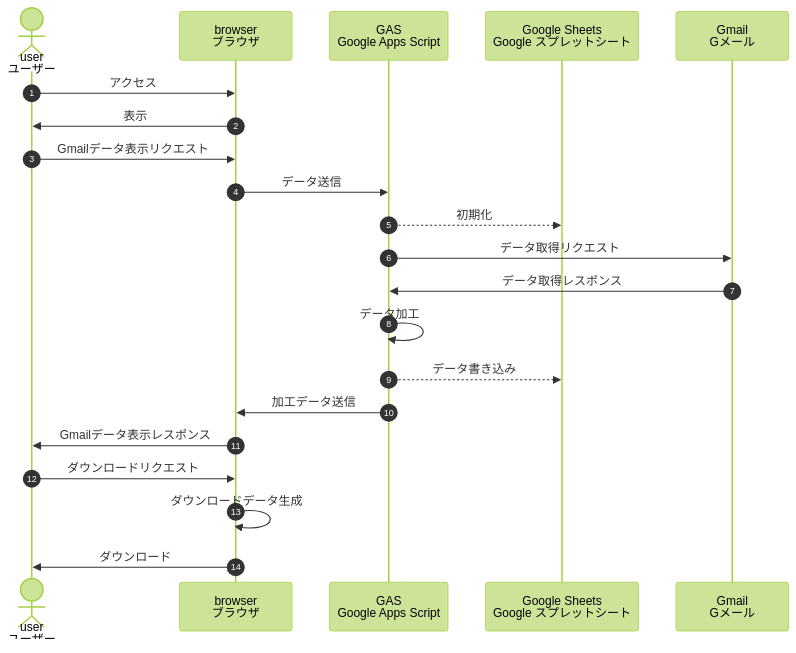
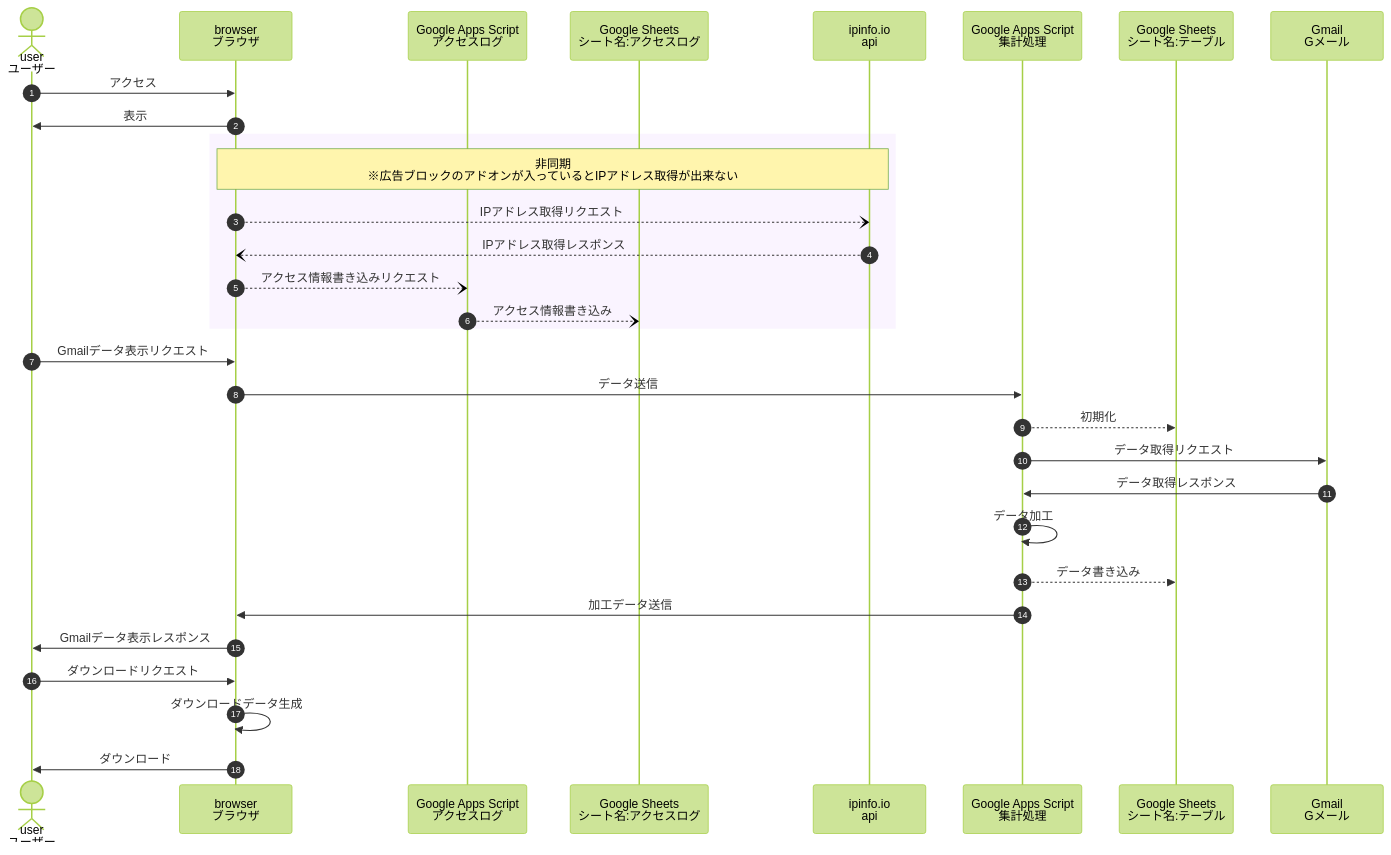
Before and after one commit to Y-kawaguchi0413/gas-virusmail-search: the diagram in README.md, drawn with Mermaid (forest theme). The commit also changed other lines of this file, not shown here.

````diff
--- a/README.md
+++ b/README.md
@@ -17,23 +18,34 @@
 ```mermaid
 sequenceDiagram
     autonumber
     actor user as user<br/>ユーザー
     participant browser as browser<br/>ブラウザ
-    participant gas as GAS<br/>Google Apps Script
-    participant sheets as Google Sheets<br/>Google スプレットシート
+    participant accesslog as Google Apps Script<br/>アクセスログ
+    participant access as Google Sheets<br/>シート名:アクセスログ
+    participant ipinfo as ipinfo.io<br/>api
+    participant gas as Google Apps Script<br/>集計処理
+    participant table as Google Sheets<br/>シート名:テーブル
     participant gmail as Gmail<br/>Gメール
+
     user->>browser: アクセス
     browser->>user: 表示
+    rect rgba(200, 150, 255,0.1)
+      note over browser,ipinfo: 非同期<br/>※広告ブロックのアドオンが入っているとIPアドレス取得が出来ない
+      browser--)ipinfo: IPアドレス取得リクエスト
+      ipinfo--)browser: IPアドレス取得レスポンス
+      browser--)accesslog: アクセス情報書き込みリクエスト
+      accesslog--)access: アクセス情報書き込み
+    end
     user->>browser: Gmailデータ表示リクエスト
     browser->>gas: データ送信
-    gas-->>sheets: 初期化
+    gas-->>table: 初期化
     gas->>gmail: データ取得リクエスト
     gmail->>gas: データ取得レスポンス
     gas->>gas: データ加工
-    gas-->>sheets: データ書き込み
+    gas-->>table: データ書き込み
     gas->>browser: 加工データ送信
     browser->>user: Gmailデータ表示レスポンス
     user->>browser: ダウンロードリクエスト
     browser->>browser: ダウンロードデータ生成
     browser->>user: ダウンロード
 ```
````
